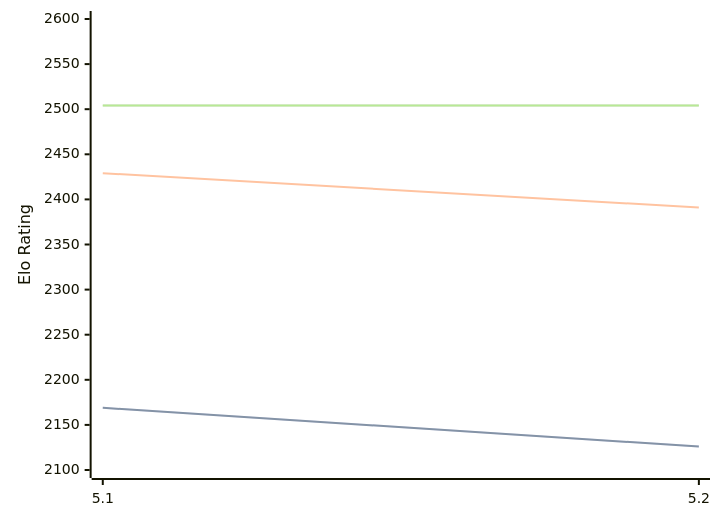
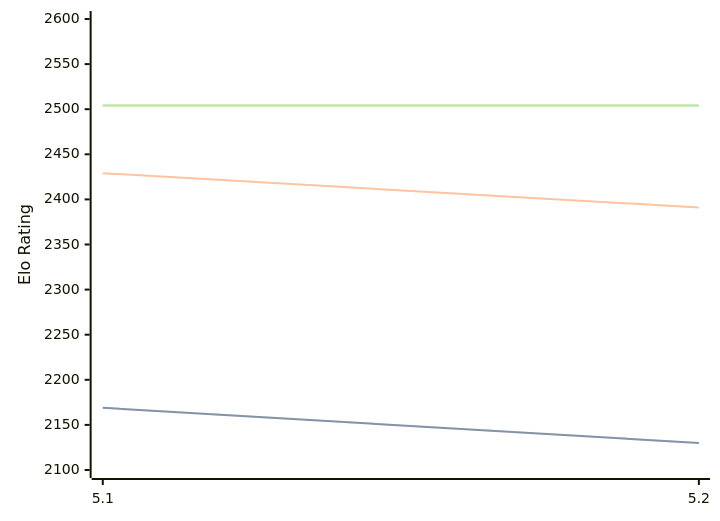
The diagram in engines/Prophet.md (computer-chess-index/cci), drawn with Mermaid before and after one commit. The commit also changed other lines of this file, not shown here.

````diff
--- a/engines/Prophet.md
+++ b/engines/Prophet.md
@@ -32,11 +32,11 @@
 ```mermaid
 %%{init: {"theme":"base","themeVariables":{"seriesColors:['#a3a3a3','#222221','#faa371']}}}%%
 xychart-beta
   x-axis ["5.1", "5.2"]
   y-axis "Elo Rating" 2100 --> 2600
-  line "" [2169, 2126]
-  line "STC (8.0+0.08s)" [2169, 2126]
+  line "" [2169, 2130]
+  line "STC (8.0+0.08s)" [2169, 2130]
   line "LTC (60.0+0.60s)" [2429, 2391]
   line "" [2504, 2504]
   line "VLTC (2m24s+1.12s)" [2504, 2504]
 ```
````
